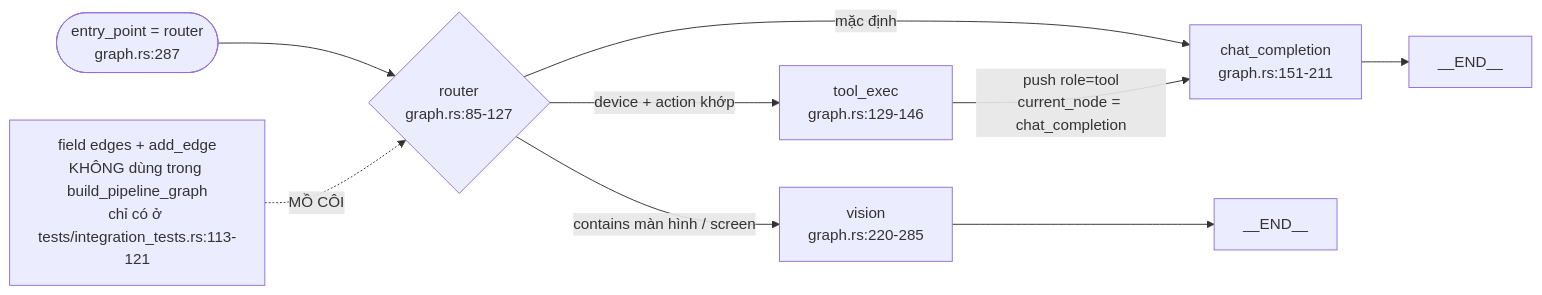
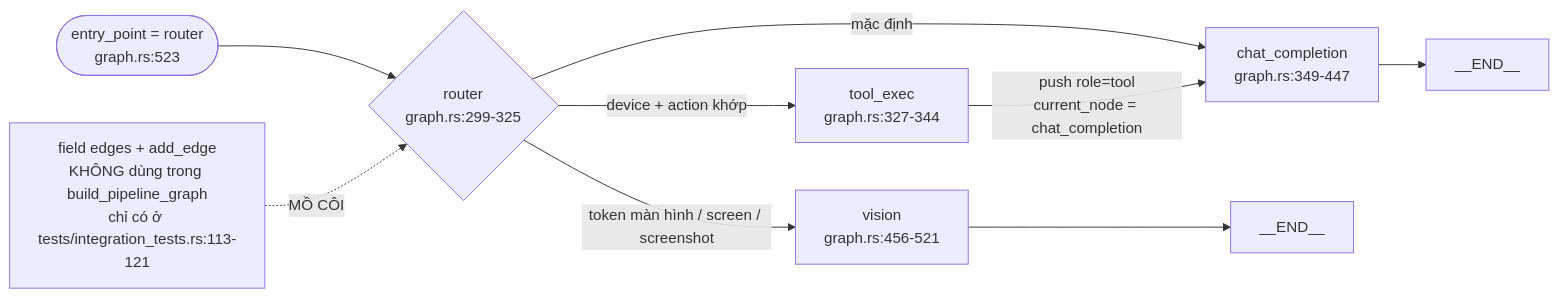
The third of 5 diagrams in docs/01-ban-ve/05-agent-bo-nho-va-tien-hoa.md (DuongNAD/LIVA), drawn with Mermaid before and after one commit. The commit also changed other lines of this file and 11 other files, not shown here.

````diff
--- a/docs/01-ban-ve/05-agent-bo-nho-va-tien-hoa.md
+++ b/docs/01-ban-ve/05-agent-bo-nho-va-tien-hoa.md
@@ -359,11 +363,11 @@
 ```mermaid
 flowchart LR
-    START(["entry_point = router<br/>graph.rs:287"]) --> R{"router<br/>graph.rs:85-127"}
-    R -->|"contains màn hình / screen"| V["vision<br/>graph.rs:220-285"]
-    R -->|"device + action khớp"| T["tool_exec<br/>graph.rs:129-146"]
-    R -->|"mặc định"| C["chat_completion<br/>graph.rs:151-211"]
+    START(["entry_point = router<br/>graph.rs:523"]) --> R{"router<br/>graph.rs:299-325"}
+    R -->|"token màn hình / screen / screenshot"| V["vision<br/>graph.rs:456-521"]
+    R -->|"device + action khớp"| T["tool_exec<br/>graph.rs:327-344"]
+    R -->|"mặc định"| C["chat_completion<br/>graph.rs:349-447"]
     T -->|"push role=tool<br/>current_node = chat_completion"| C
     C --> E1["__END__"]
     V --> E2["__END__"]
     EDGES["field edges + add_edge<br/>KHÔNG dùng trong build_pipeline_graph<br/>chỉ có ở tests/integration_tests.rs:113-121"] -.->|MỒ CÔI| R
 ```
````
